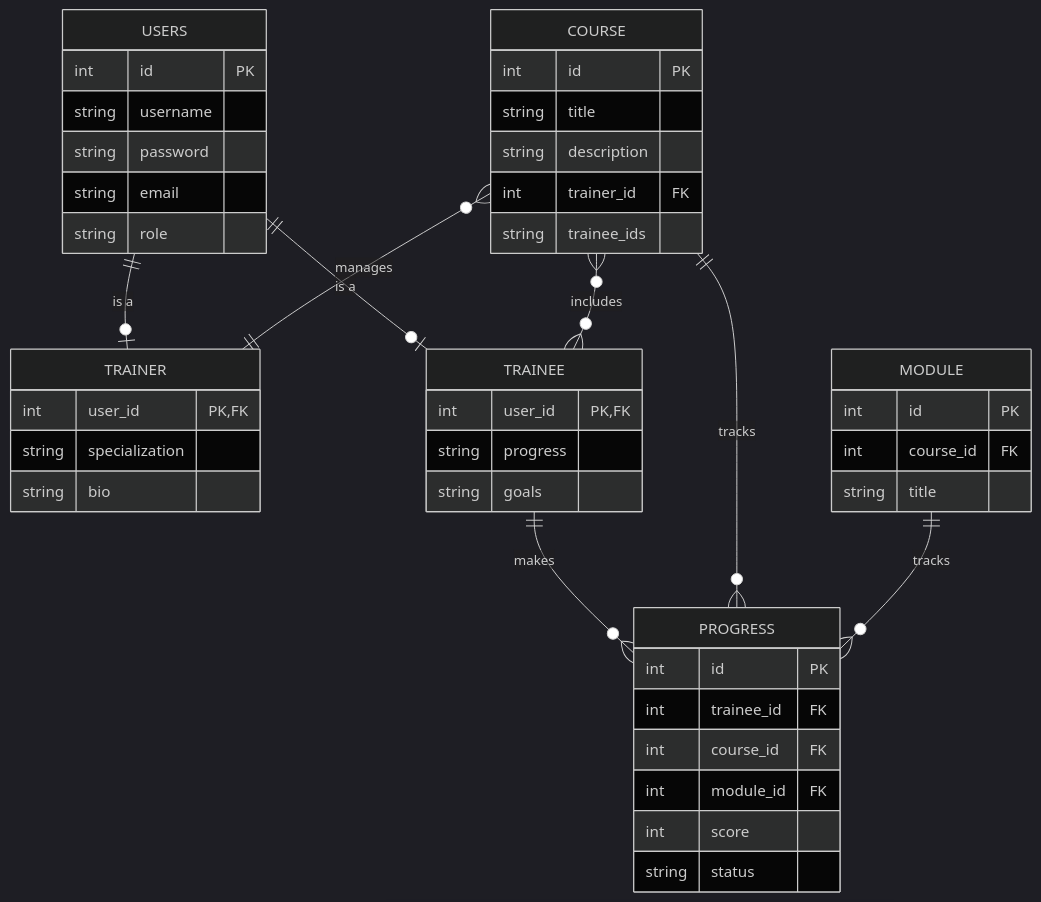
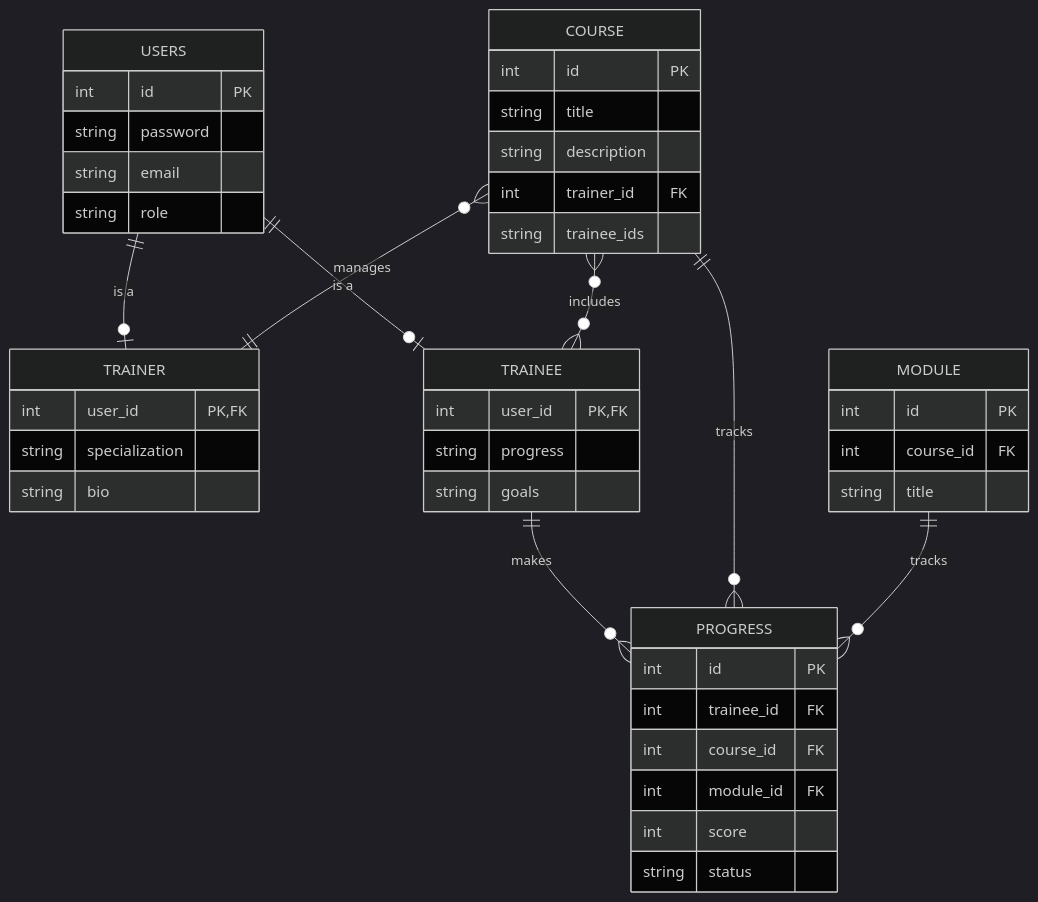
One commit to erin-airship/training-platform changed the second of 2 diagrams in README.md. Above: the diagram before and after it, drawn with Mermaid (dark theme). The commit also changed other lines of this file and 4 other files, not shown here.

````diff
--- a/README.md
+++ b/README.md
@@ -139,53 +139,52 @@
 ``` mermaid
 erDiagram
     USERS {
         int id PK
-        string username
         string password
         string email
         string role
     }
 
     TRAINER {
         int user_id PK, FK
         string specialization
         string bio
     }
 
     TRAINEE {
         int user_id PK, FK
         string progress
         string goals
     }
 
     COURSE {
         int id PK
         string title
         string description
         int trainer_id FK
         string trainee_ids
     }
 
     MODULE {
         int id PK
         int course_id FK
         string title
     }
 
     PROGRESS {
         int id PK
         int trainee_id FK
         int course_id FK
         int module_id FK
         int score
         string status
     }
 
     USERS ||--o| TRAINER: "is a"
     USERS ||--o| TRAINEE: "is a"
     COURSE }o--|| TRAINER: "manages"
     COURSE }o--o{ TRAINEE: "includes"
     TRAINEE ||--o{ PROGRESS: "makes"
     COURSE ||--o{ PROGRESS: "tracks"
     MODULE ||--o{ PROGRESS: "tracks"
 ```
````
